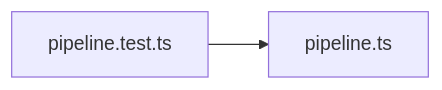
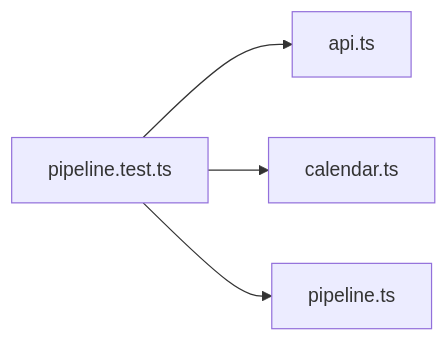
One commit to minkong-dev/Banblit changed the diagram in .cluedoc/graph/frontend/src/lib/pipeline.test.md. Above: the diagram before and after it, drawn with Mermaid. The commit also changed other lines of this file and 56 other files, not shown here.

Commit message:
frontend: import pure lib functions from their own files instead of through pipeline

````diff
--- a/.cluedoc/graph/frontend/src/lib/pipeline.test.md
+++ b/.cluedoc/graph/frontend/src/lib/pipeline.test.md
@@ -10,5 +10,7 @@
 ```mermaid
 flowchart LR
   frontend_src_lib_pipeline_test["pipeline.test.ts"]
+  frontend_src_lib_pipeline_test --> frontend_src_lib_api["api.ts"]
+  frontend_src_lib_pipeline_test --> frontend_src_lib_calendar["calendar.ts"]
   frontend_src_lib_pipeline_test --> frontend_src_lib_pipeline["pipeline.ts"]
 ```
````
